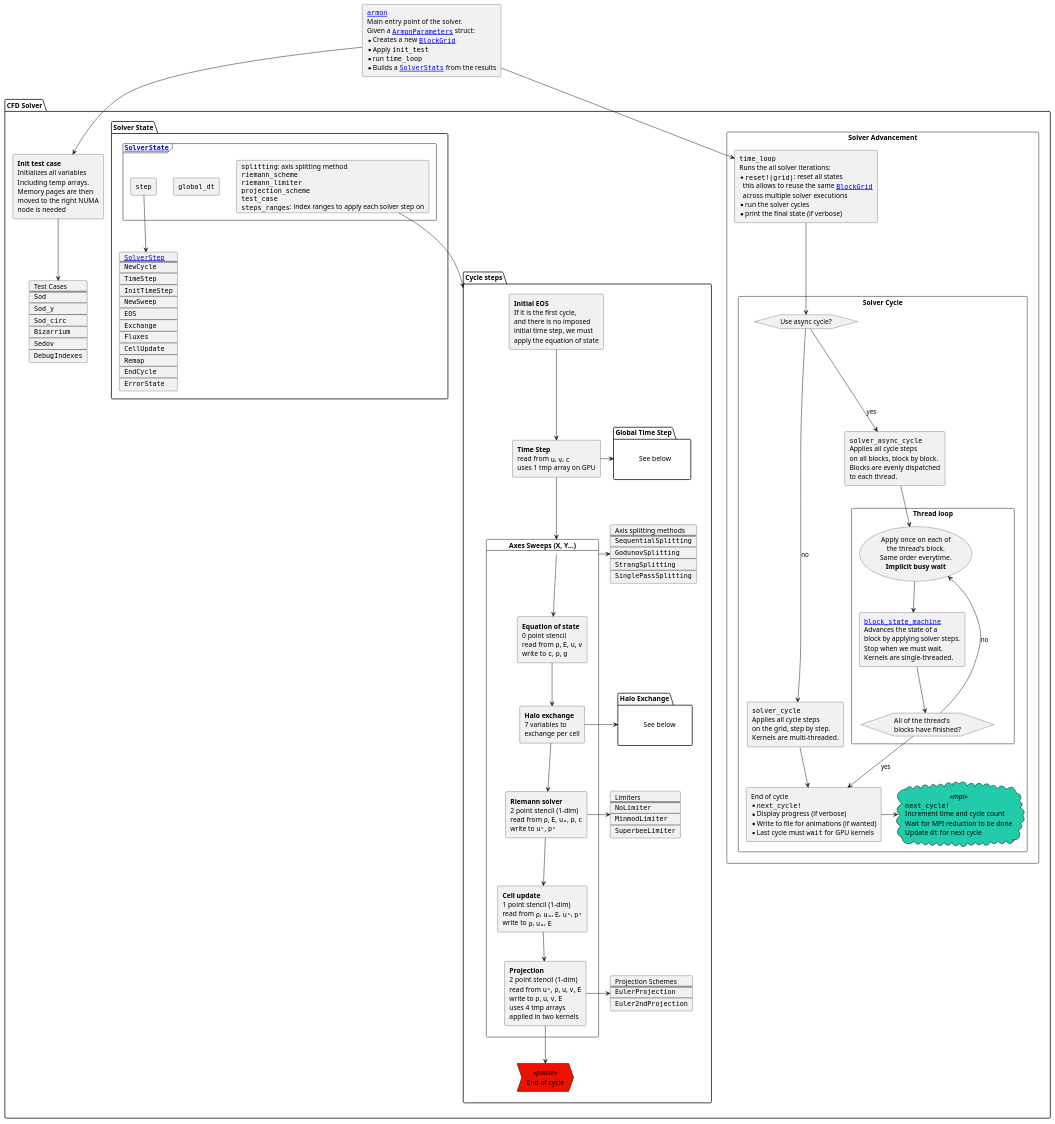
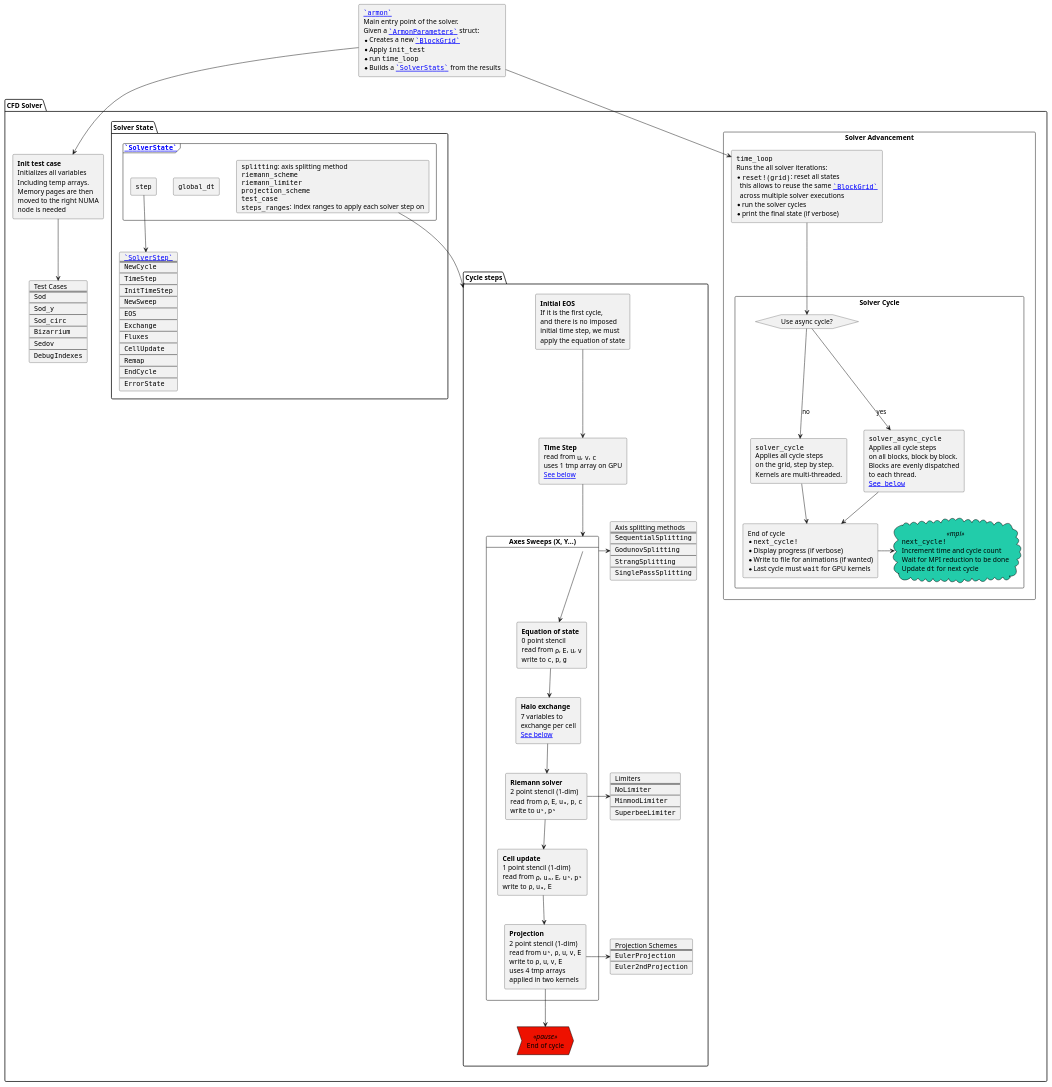
Before and after one commit to Keluaa/Armon.jl: the diagram in previews/PR17/uml/structure.puml, drawn with PlantUML. The commit also changed 27 other files, not shown here.

```diff
--- a/previews/PR17/uml/structure.puml
+++ b/previews/PR17/uml/structure.puml
@@ -57,11 +57,8 @@
             **Time Step**
             read from ""u"", ""v"", ""c""
             uses 1 tmp array on GPU
+            [["[Global time step](@ref strct_global_time_step)" See below]]
         ]
-
-        package "Global Time Step" as pkg_global_time_step {
-            label "See below  "
-        }
 
         card "Axes Sweeps (X, Y...)" as solver_sweeps {
             rectangle step_EOS [
@@ -74,6 +71,7 @@
                 **Halo exchange**
                 7 variables to
                 exchange per cell
+                [["[Halo exchange](@ref strct_halo_exchange)" See below]]
             ]
             rectangle step_riemann [
                 **Riemann solver**
@@ -138,14 +136,9 @@
             ""Euler2ndProjection""
         ]
 
-        package "Halo Exchange" as pkg_halo_exchange {
-            label "See below"
-        }
-
         solver_sweeps -> axis_splitting
         step_riemann -> limiters
         step_projection -> projection_schemes
-        step_halo_exchange -> pkg_halo_exchange
     }
 
     rectangle "Solver Advancement" as block_iter {
@@ -154,7 +147,7 @@
             ""time_loop""
             Runs the all solver iterations:
             * ""reset!(grid)"": reset all states
-              this allows to reuse the same ""[["[`BlockGrid`](@ref)" BlockGrid]]""
+              this allows to reuse the same ""[[`BlockGrid`]]""
               across multiple solver executions
             * run the solver cycles
             * print the final state (if verbose)
@@ -176,33 +169,8 @@
                 on all blocks, block by block.
                 Blocks are evenly dispatched
                 to each thread.
+                ""[["[Solver async cycle](@ref strct_solver_async_cycle)" See below]]""
             ]
-
-            rectangle "Thread loop" as solver_async_cycle_thread {
-                usecase thread_cycle_loop_start [
-                    Apply once on each of
-                    the thread's block.
-                    Same order everytime.
-                    **Implicit busy wait**
-                ]
-
-                rectangle block_state_machine [
-                    ""[["[`block_state_machine`](@ref)" block_state_machine]]""
-                    Advances the state of a
-                    block by applying solver steps.
-                    Stop when we must wait.
-                    Kernels are single-threaded.
-                ]
-
-                hexagon cond_thread_cycle_end [
-                    All of the thread's
-                    blocks have finished?
-                ]
-
-                thread_cycle_loop_start --> block_state_machine
-                block_state_machine --> cond_thread_cycle_end
-                cond_thread_cycle_end --> thread_cycle_loop_start : no
-            }
 
             rectangle solver_cycle_end [
                 End of cycle
@@ -221,10 +189,9 @@
 
             cond_async_cycle --> solver_cycle : no
             cond_async_cycle --> solver_async_cycle : yes
-            solver_async_cycle --> thread_cycle_loop_start
 
             solver_cycle --> solver_cycle_end
-            cond_thread_cycle_end --> solver_cycle_end : yes
+            solver_async_cycle --> solver_cycle_end
             solver_cycle_end -> next_cycle
         }
 
@@ -232,7 +199,7 @@
     }
 
     package "Solver State" {
-        frame """[["[`SolverState`](@ref)" SolverState]]""" as solver_state {
+        frame """[[`SolverState`]]""" as solver_state {
             rectangle """step""" as solver_state_step
             rectangle """global_dt""" as solver_state_global_dt
 
@@ -247,7 +214,7 @@
         }
 
         card solver_step [
-            ""[["[`SolverStep`](@ref)" SolverStep]]""
+            ""[[`SolverStep`]]""
             ====
             ""NewCycle""
             ----
@@ -275,19 +242,17 @@
         solver_state_step --> solver_step
     }
 
-    step_time_step -> pkg_global_time_step
-
     solver_state_solver_params --> solver_steps
 }
 
 rectangle armon [
-    ""[["[`armon`](@ref)" armon]]""
+    ""[[`armon`]]""
     Main entry point of the solver.
-    Given a ""[["[`ArmonParameters`](@ref)" ArmonParameters]]"" struct:
-    * Creates a new ""[["[`BlockGrid`](@ref)" BlockGrid]]""
+    Given a ""[[`ArmonParameters`]]"" struct:
+    * Creates a new ""[[`BlockGrid`]]""
     * Apply ""init_test""
     * run ""time_loop""
-    * Builds a ""[["[`SolverStats`](@ref)" SolverStats]]"" from the results
+    * Builds a ""[[`SolverStats`]]"" from the results
 ]
 
 armon --> solver_init_test
```
